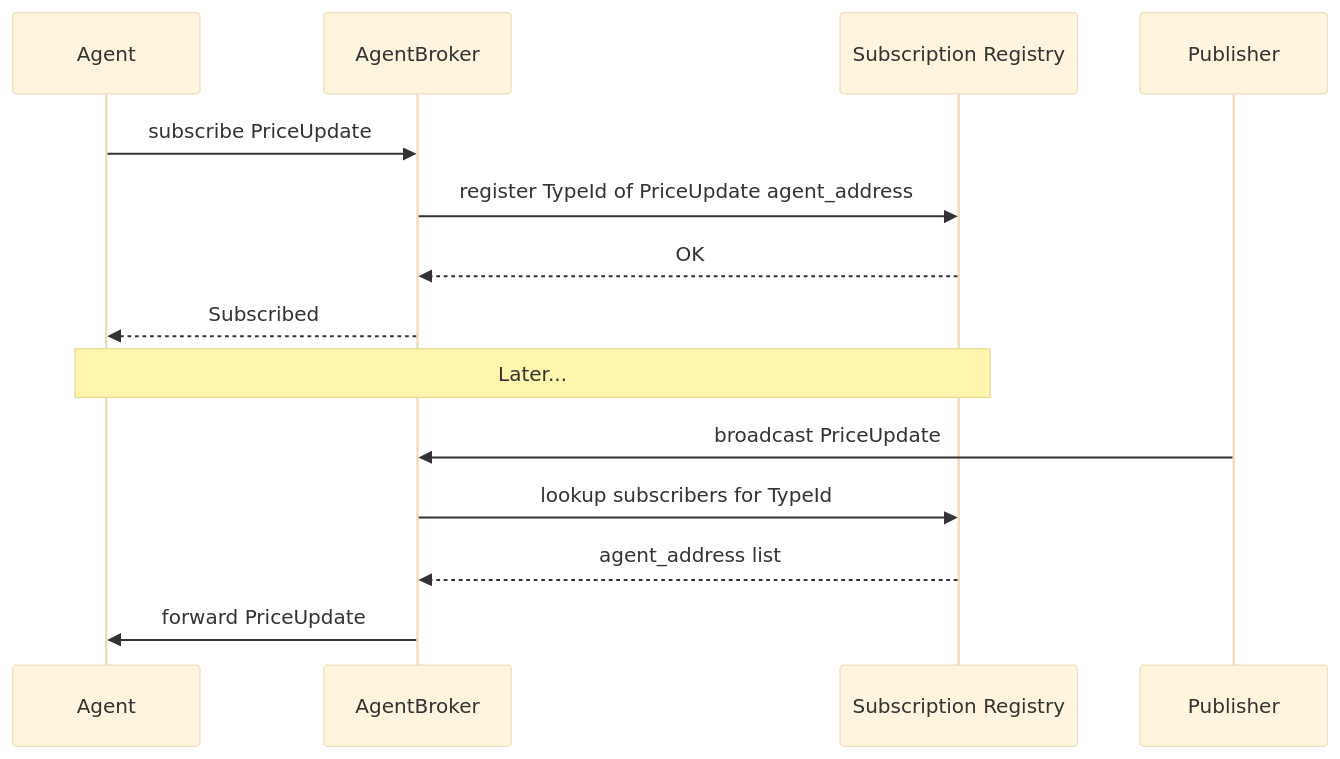
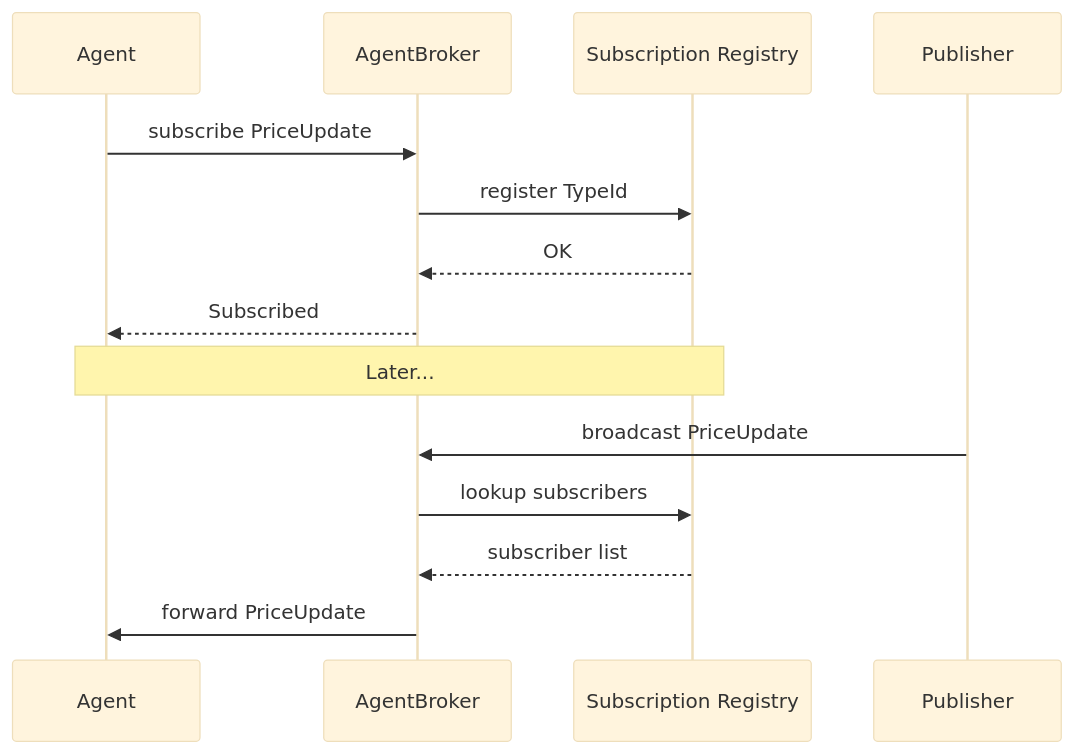
One commit to Govcraft/acton-reactive changed the eighth of 13 diagrams in acton-docs-site/src/app/docs/architecture/page.md. Above: the diagram before and after it, drawn with Mermaid (base theme). The commit also changed other lines of this file, not shown here.

First line of the commit message:
fix(docs): update Mermaid diagrams for v11.x compatibility

````diff
--- a/acton-docs-site/src/app/docs/architecture/page.md
+++ b/acton-docs-site/src/app/docs/architecture/page.md
@@ -344,19 +344,19 @@
 ```mermaid
 sequenceDiagram
     participant Agent
     participant Broker as AgentBroker
     participant Registry as Subscription Registry
+    participant Publisher
 
     Agent->>Broker: subscribe PriceUpdate
-    Broker->>Registry: register TypeId of PriceUpdate agent_address
+    Broker->>Registry: register TypeId
     Registry-->>Broker: OK
     Broker-->>Agent: Subscribed
 
     Note over Agent,Registry: Later...
 
-    participant Publisher
     Publisher->>Broker: broadcast PriceUpdate
-    Broker->>Registry: lookup subscribers for TypeId
-    Registry-->>Broker: agent_address list
+    Broker->>Registry: lookup subscribers
+    Registry-->>Broker: subscriber list
     Broker->>Agent: forward PriceUpdate
 ```
````
